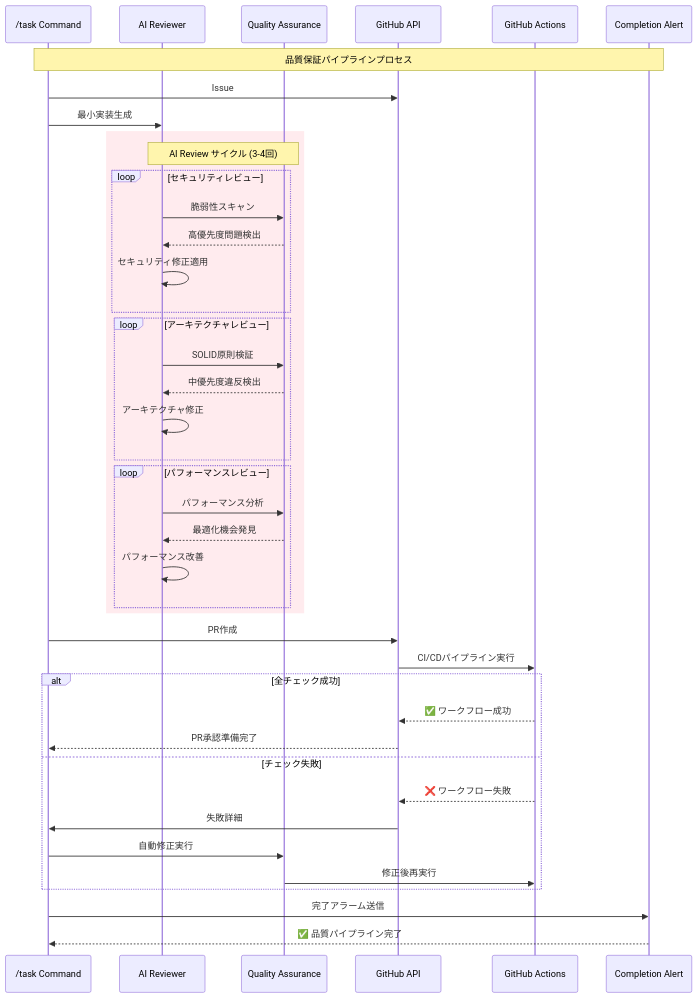
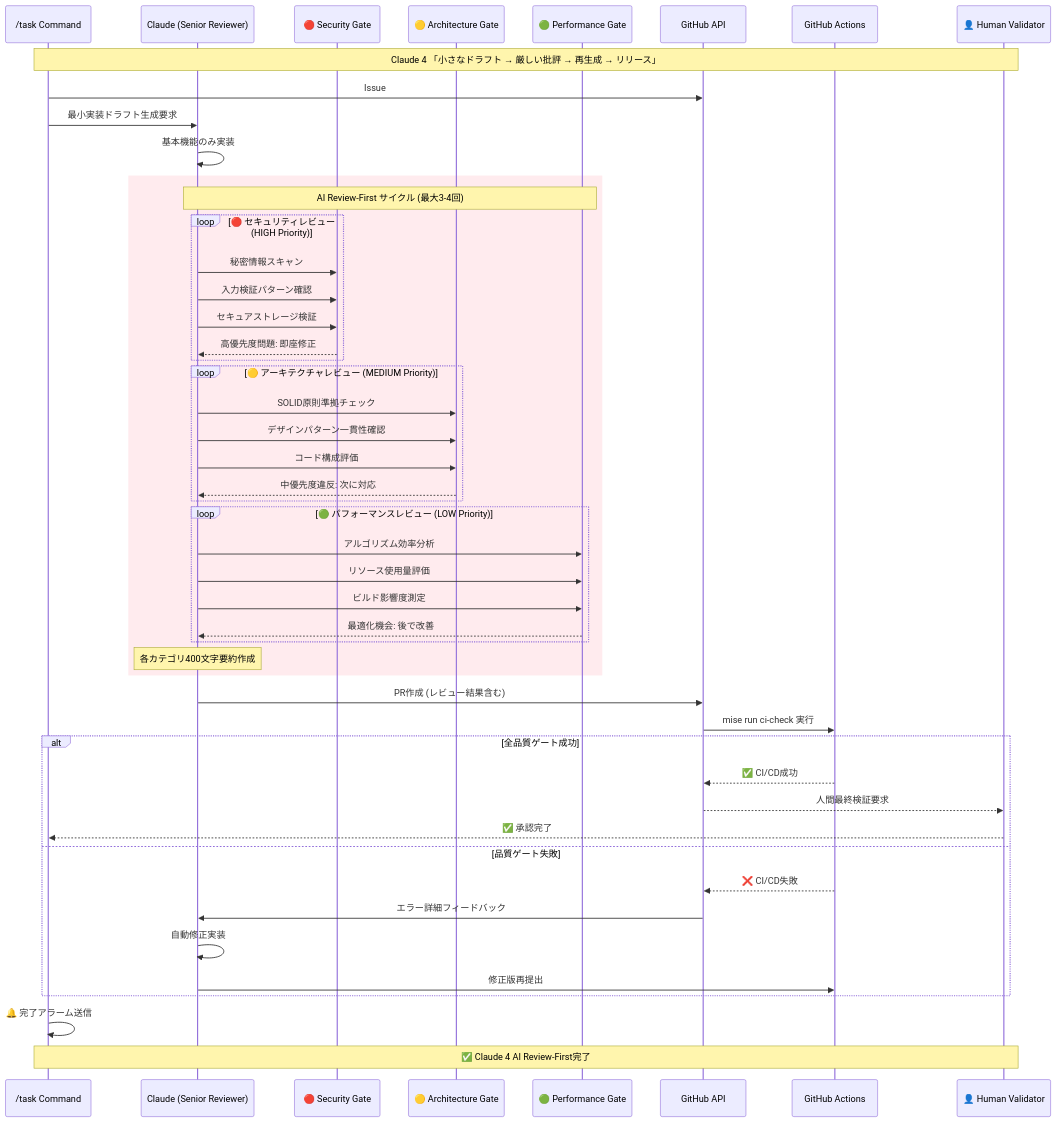
The fourth of 4 diagrams in README.md (r0227n/flutter_template_project), drawn with Mermaid before and after one commit. The commit also changed other lines of this file and 4 other files, not shown here.

First line of the commit message:
docs: update CLAUDE.md and README.md for Claude 4 AI Review-First implementation

````diff
--- a/README.md
+++ b/README.md
@@ -182,52 +217,61 @@
 ```mermaid
 sequenceDiagram
     participant Task as /task Command
-    participant AI as AI Reviewer
-    participant QA as Quality Assurance
+    participant Claude as Claude (Senior Reviewer)
+    participant Security as 🔴 Security Gate
+    participant Arch as 🟡 Architecture Gate
+    participant Perf as 🟢 Performance Gate
     participant GitHub as GitHub API
     participant Actions as GitHub Actions
-    participant Alert as Completion Alert
+    participant Human as 👤 Human Validator
 
-    Note over Task,Alert: 品質保証パイプラインプロセス
+    Note over Task,Human: Claude 4 「小さなドラフト → 厳しい批評 → 再生成 → リリース」
 
     Task->>GitHub: Issue #123 詳細取得
-    Task->>AI: 最小実装生成
+    Task->>Claude: 最小実装ドラフト生成要求
+    Claude->>Claude: 基本機能のみ実装
 
     rect rgb(255, 235, 238)
-        Note over AI,QA: AI Review サイクル (3-4回)
+        Note over Claude,Perf: AI Review-First サイクル (最大3-4回)
 
-        loop セキュリティレビュー
-            AI->>QA: 脆弱性スキャン
-            QA-->>AI: 高優先度問題検出
-            AI->>AI: セキュリティ修正適用
+        loop 🔴 セキュリティレビュー (HIGH Priority)
+            Claude->>Security: 秘密情報スキャン
+            Claude->>Security: 入力検証パターン確認
+            Claude->>Security: セキュアストレージ検証
+            Security-->>Claude: 高優先度問題: 即座修正
         end
 
-        loop アーキテクチャレビュー
-            AI->>QA: SOLID原則検証
-            QA-->>AI: 中優先度違反検出
-            AI->>AI: アーキテクチャ修正
+        loop 🟡 アーキテクチャレビュー (MEDIUM Priority)
+            Claude->>Arch: SOLID原則準拠チェック
+            Claude->>Arch: デザインパターン一貫性確認
+            Claude->>Arch: コード構成評価
+            Arch-->>Claude: 中優先度違反: 次に対応
         end
 
-        loop パフォーマンスレビュー
-            AI->>QA: パフォーマンス分析
-            QA-->>AI: 最適化機会発見
-            AI->>AI: パフォーマンス改善
+        loop 🟢 パフォーマンスレビュー (LOW Priority)
+            Claude->>Perf: アルゴリズム効率分析
+            Claude->>Perf: リソース使用量評価
+            Claude->>Perf: ビルド影響度測定
+            Perf-->>Claude: 最適化機会: 後で改善
         end
+
+        Note over Claude: 各カテゴリ400文字要約作成
     end
 
-    Task->>GitHub: PR作成
-    GitHub->>Actions: CI/CDパイプライン実行
+    Claude->>GitHub: PR作成 (レビュー結果含む)
+    GitHub->>Actions: mise run ci-check 実行
 
-    alt 全チェック成功
-        Actions-->>GitHub: ✅ ワークフロー成功
-        GitHub-->>Task: PR承認準備完了
-    else チェック失敗
-        Actions-->>GitHub: ❌ ワークフロー失敗
-        GitHub->>Task: 失敗詳細
-        Task->>QA: 自動修正実行
-        QA->>Actions: 修正後再実行
+    alt 全品質ゲート成功
+        Actions-->>GitHub: ✅ CI/CD成功
+        GitHub-->>Human: 人間最終検証要求
+        Human-->>Task: ✅ 承認完了
+    else 品質ゲート失敗
+        Actions-->>GitHub: ❌ CI/CD失敗
+        GitHub->>Claude: エラー詳細フィードバック
+        Claude->>Claude: 自動修正実装
+        Claude->>Actions: 修正版再提出
     end
 
-    Task->>Alert: 完了アラーム送信
-    Alert-->>Task: ✅ 品質パイプライン完了
+    Task->>Task: 🔔 完了アラーム送信
+    Note over Task,Human: ✅ Claude 4 AI Review-First完了
 ```
````
